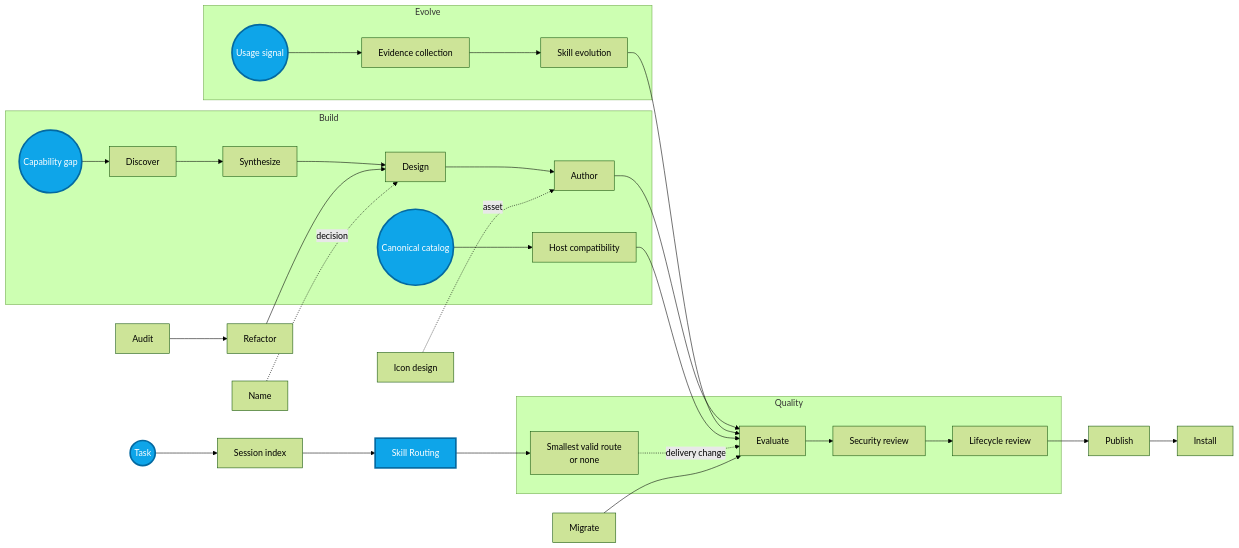
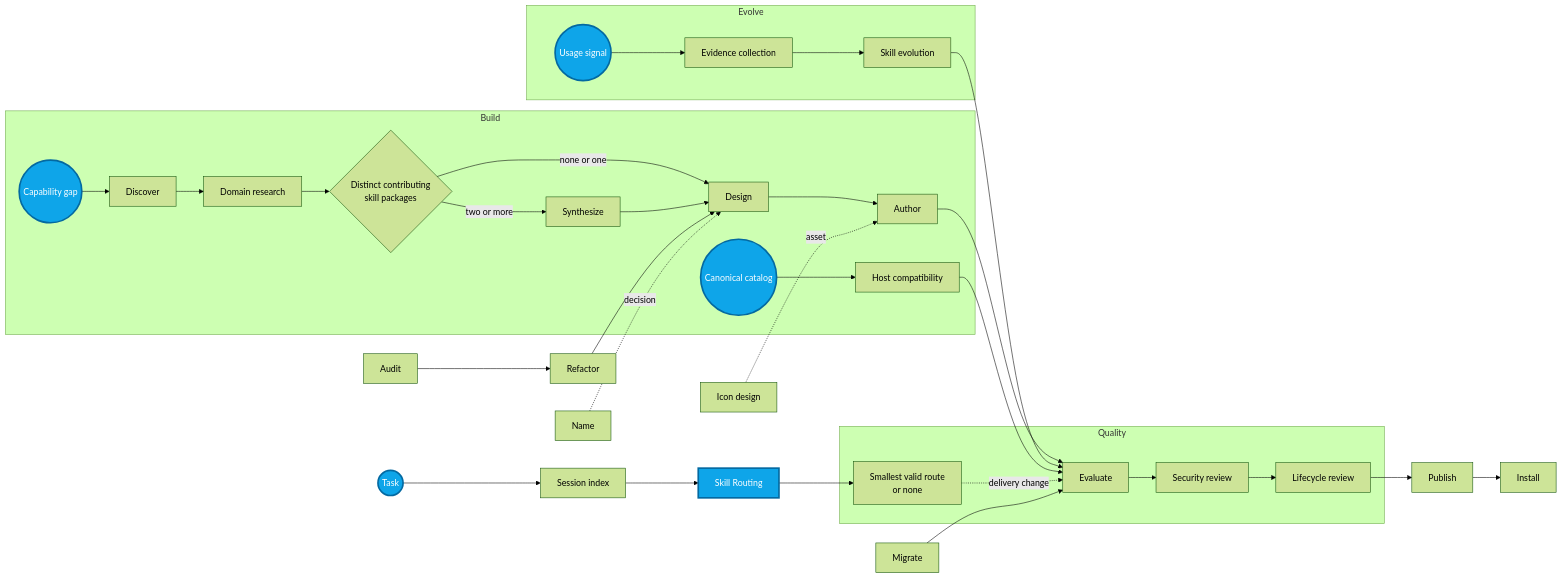
Before and after one commit to i-9-ai/skills: the diagram in README.md, drawn with Mermaid (forest theme). The commit also changed 24 other files, not shown here.

Commit message:
fix: address review findings and refresh skill diagrams

````diff
--- a/README.md
+++ b/README.md
@@ -107,29 +107,31 @@
 ```mermaid
 flowchart LR
     T((Task)) --> SI[Session index] --> R[Skill Routing]
     R --> RT[Smallest valid route<br/>or none]
 
     subgraph Build
-      GAP((Capability gap)) --> D[Discover] --> S[Synthesize] --> G[Design] --> A[Author]
+      GAP((Capability gap)) --> D[Discover] --> DR[Domain research] --> DC{Distinct contributing<br/>skill packages}
+      DC -->|none or one| G[Design] --> A[Author]
+      DC -->|two or more| S[Synthesize] --> G
       C((Canonical catalog)) --> HC[Host compatibility]
     end
 
     subgraph Evolve
       US((Usage signal)) --> EC[Evidence collection] --> EV[Skill evolution]
     end
 
     subgraph Quality
       A --> E[Evaluate] --> Q[Security review] --> L[Lifecycle review]
       EV --> E
       HC --> E
       RT -. delivery change .-> E
     end
 
     L --> P[Publish] --> I[Install]
     U[Audit] --> F[Refactor] --> G
     M[Migrate] --> E
     classDef entrypoint fill:#0ea5e9,stroke:#0369a1,color:#fff,stroke-width:3px
     class T,R,C,GAP,US entrypoint
     N[Name] -. decision .-> G
     V[Icon design] -. asset .-> A
 ```
````
